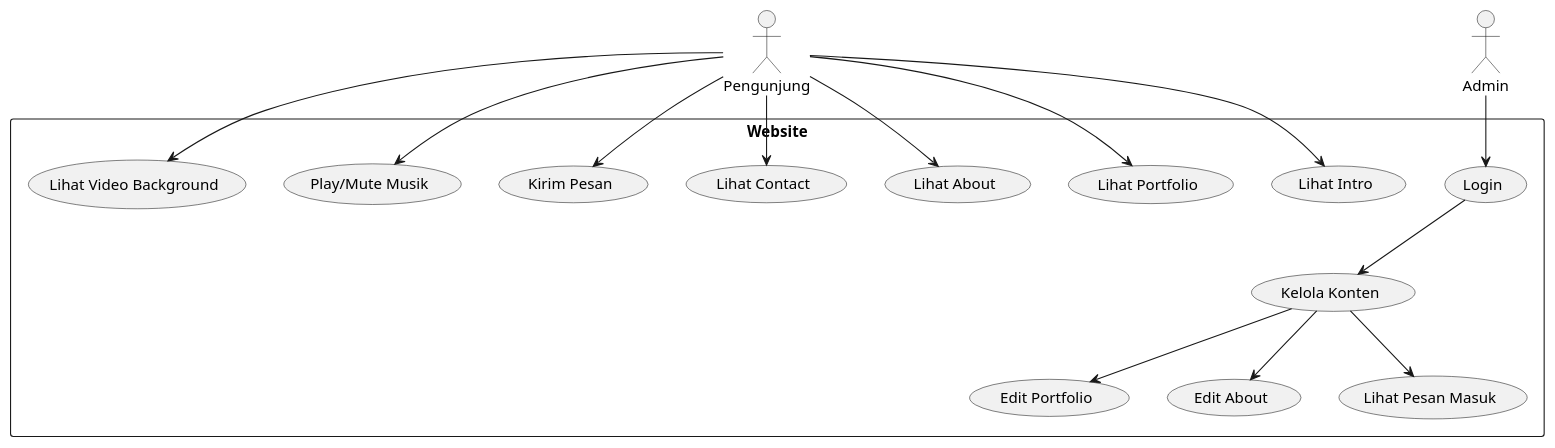
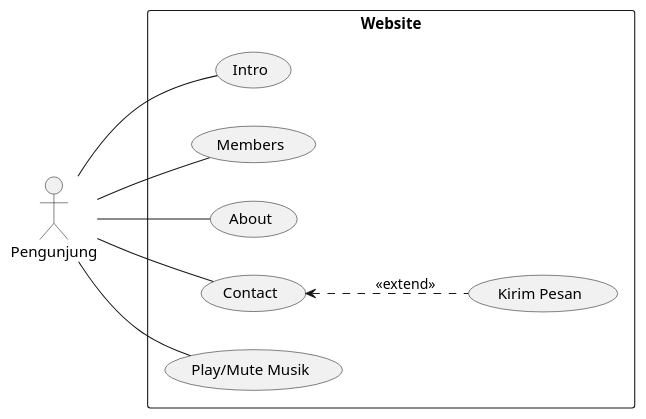
One commit to PDPyeh/webdesignbuatkelompok changed the diagram in Usecase.wsd. Above: the diagram before and after it, drawn with PlantUML. The commit also changed 16 other files, not shown here.

```diff
--- a/Usecase.wsd
+++ b/Usecase.wsd
@@ -1,20 +1,15 @@
 @startuml
+left to right direction
+
 actor Pengunjung
-actor Admin
 
 rectangle Website {
-    Pengunjung --> (Lihat Intro)
-    Pengunjung --> (Lihat Portfolio)
-    Pengunjung --> (Lihat About)
-    Pengunjung --> (Lihat Contact)
-    Pengunjung --> (Kirim Pesan)
-    Pengunjung --> (Play/Mute Musik)
-    Pengunjung --> (Lihat Video Background)
+    Pengunjung -- (Intro)
+    Pengunjung -- (Members)
+    Pengunjung -- (About)
+    Pengunjung -- (Contact)
+    Pengunjung -- (Play/Mute Musik)
+    (Contact) <.. (Kirim Pesan) : <<extend>>
 
-    Admin --> (Login)
-    (Login) --> (Kelola Konten)
-    (Kelola Konten) --> (Edit Portfolio)
-    (Kelola Konten) --> (Edit About)
-    (Kelola Konten) --> (Lihat Pesan Masuk)
 }
 @enduml
```
